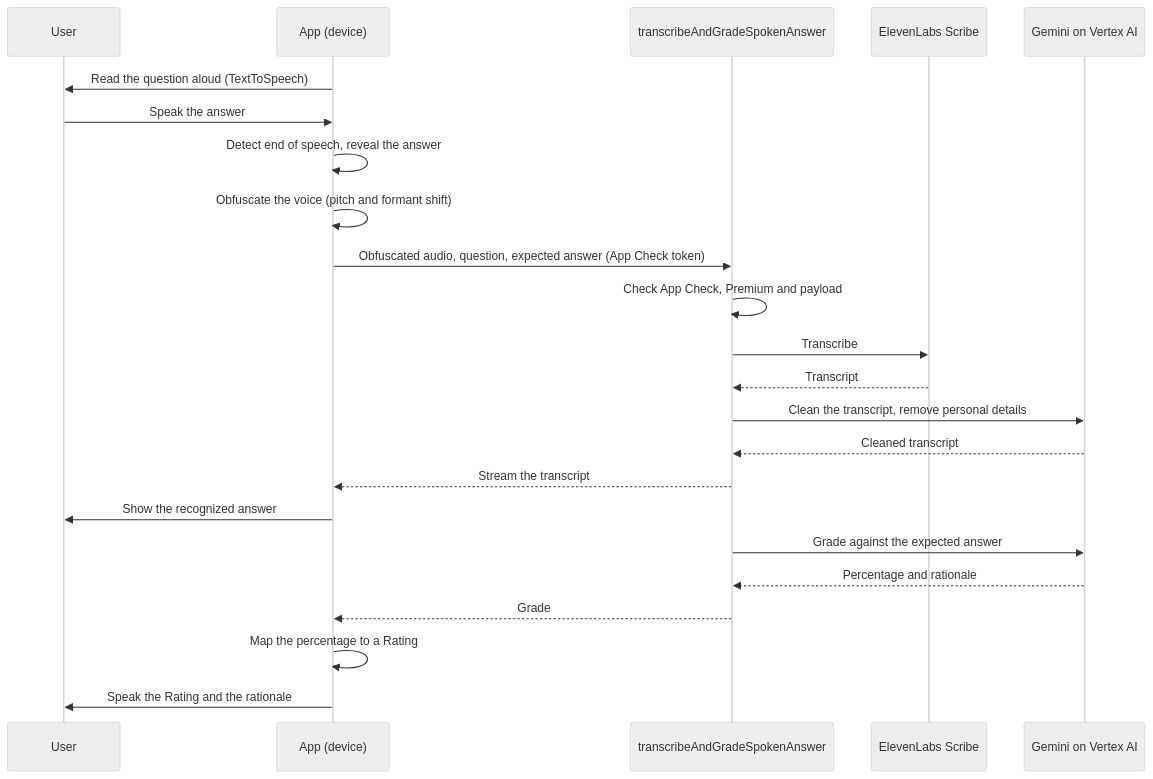
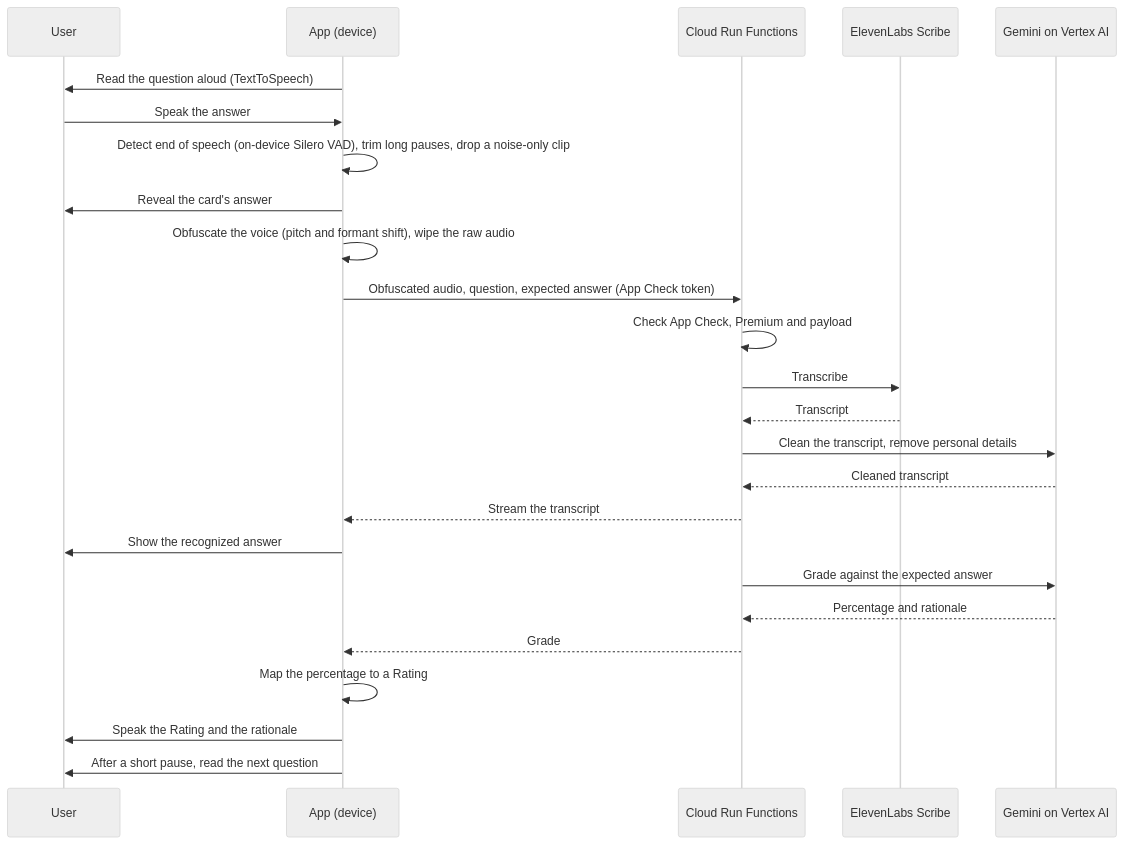
The second of 2 diagrams in README.md (rmakowiecki/Flashcards), drawn with Mermaid (neutral theme) before and after one commit. The commit also changed other lines of this file, not shown here.

Commit message:
docs: add the Android app module list and Silero VAD to the README

````diff
--- a/README.md
+++ b/README.md
@@ -67,26 +67,28 @@
 ```mermaid
 sequenceDiagram
     participant User
     participant App as App (device)
-    participant Fn as transcribeAndGradeSpokenAnswer
+    participant Fn as Cloud Run Functions
     participant Scribe as ElevenLabs Scribe
     participant Gemini as Gemini on Vertex AI
 
     App->>User: Read the question aloud (TextToSpeech)
     User->>App: Speak the answer
-    App->>App: Detect end of speech, reveal the answer
-    App->>App: Obfuscate the voice (pitch and formant shift)
+    App->>App: Detect end of speech (on-device Silero VAD), trim long pauses, drop a noise-only clip
+    App->>User: Reveal the card's answer
+    App->>App: Obfuscate the voice (pitch and formant shift), wipe the raw audio
     App->>Fn: Obfuscated audio, question, expected answer (App Check token)
     Fn->>Fn: Check App Check, Premium and payload
     Fn->>Scribe: Transcribe
     Scribe-->>Fn: Transcript
     Fn->>Gemini: Clean the transcript, remove personal details
     Gemini-->>Fn: Cleaned transcript
     Fn-->>App: Stream the transcript
     App->>User: Show the recognized answer
     Fn->>Gemini: Grade against the expected answer
     Gemini-->>Fn: Percentage and rationale
     Fn-->>App: Grade
     App->>App: Map the percentage to a Rating
     App->>User: Speak the Rating and the rationale
+    App->>User: After a short pause, read the next question
 ```
````
